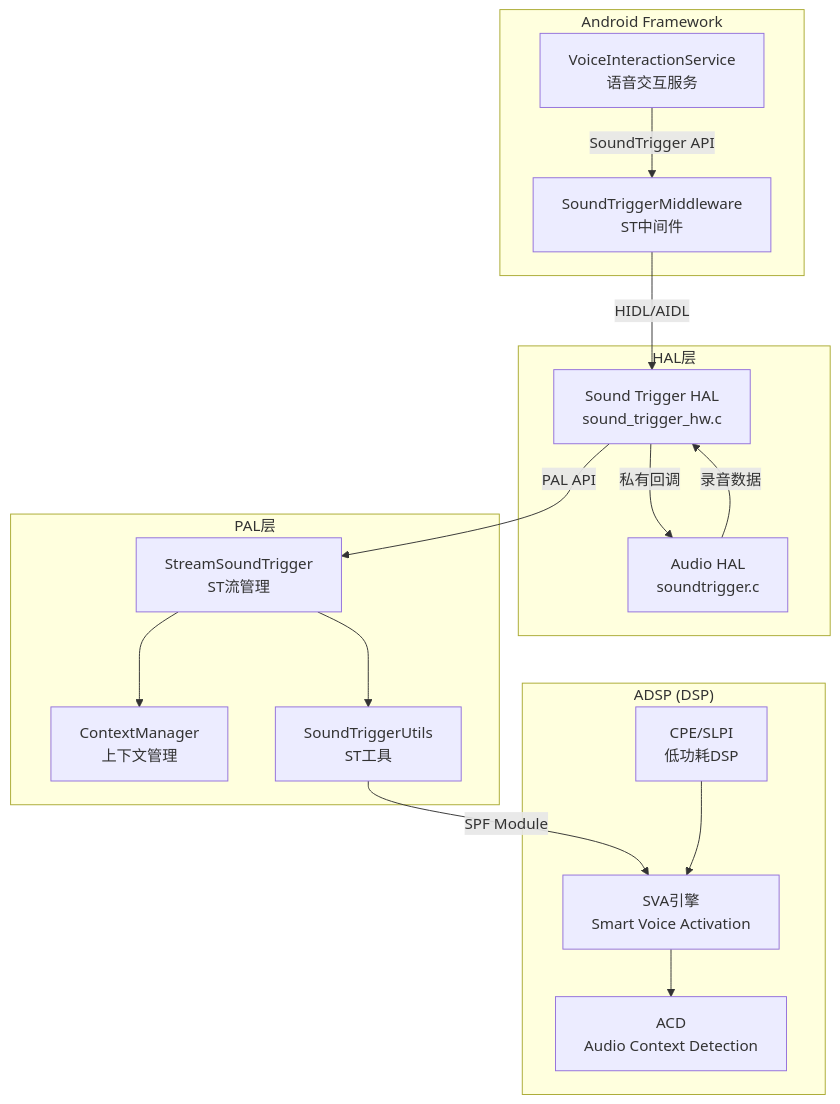
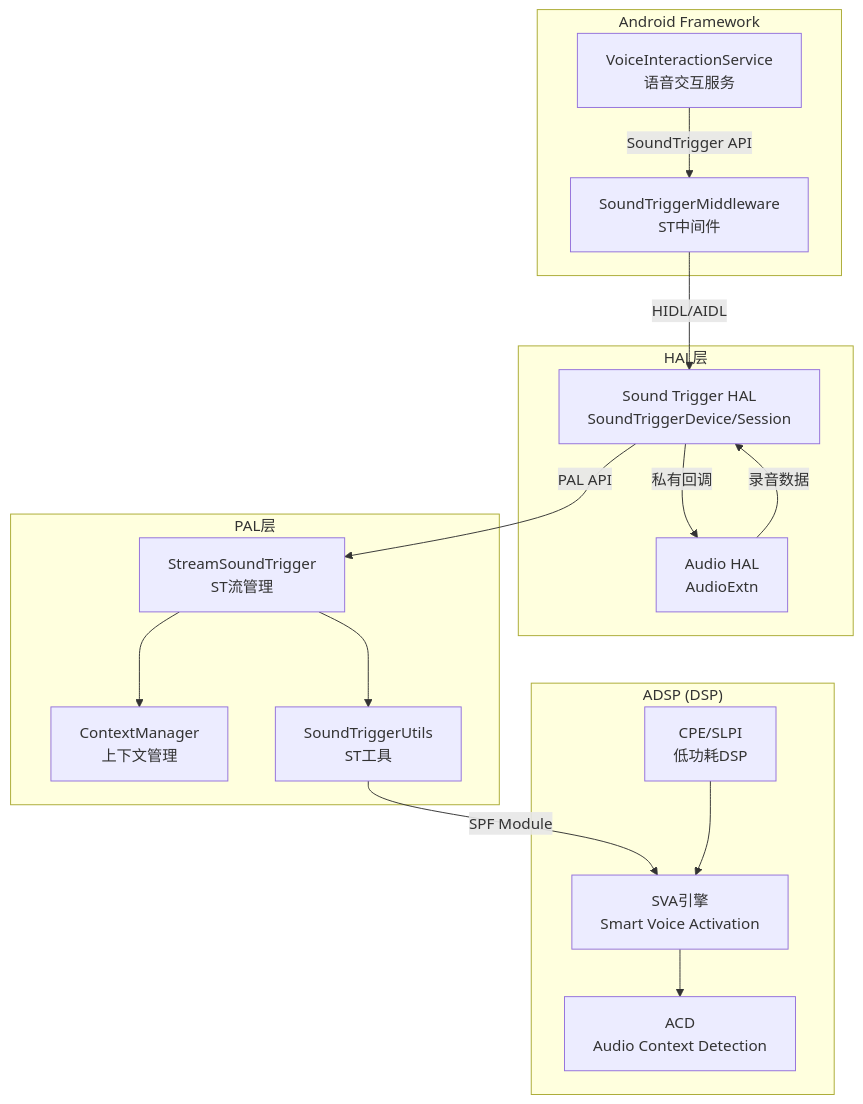
The first of 2 diagrams in 15_PAL_Architecture/15_15.17_QC_Sound_Trigger_HAL.md (yanglinzhen1022/SA8295_AAOS_QNX_Audio_KnowledgeBase), drawn with Mermaid before and after one commit. The commit also changed other lines of this file and 48 other files, not shown here.

````diff
--- a/15_PAL_Architecture/15_15.17_QC_Sound_Trigger_HAL.md
+++ b/15_PAL_Architecture/15_15.17_QC_Sound_Trigger_HAL.md
@@ -24,35 +26,35 @@
 ```mermaid
 graph TB
     subgraph Android["Android Framework"]
         VAD["VoiceInteractionService<br/>语音交互服务"]
         STM["SoundTriggerMiddleware<br/>ST中间件"]
     end
 
     subgraph HAL["HAL层"]
-        STHAL["Sound Trigger HAL<br/>sound_trigger_hw.c"]
-        AHAL["Audio HAL<br/>soundtrigger.c"]
+        STHAL["Sound Trigger HAL<br/>SoundTriggerDevice/Session"]
+        AHAL["Audio HAL<br/>AudioExtn"]
     end
 
     subgraph PAL_Layer["PAL层"]
         ST_STR["StreamSoundTrigger<br/>ST流管理"]
         CTX["ContextManager<br/>上下文管理"]
         ST_UTIL["SoundTriggerUtils<br/>ST工具"]
     end
 
     subgraph DSP["ADSP (DSP)"]
         SVA["SVA引擎<br/>Smart Voice Activation"]
         CPE["CPE/SLPI<br/>低功耗DSP"]
         ACD["ACD<br/>Audio Context Detection"]
     end
 
     VAD -->|SoundTrigger API| STM
     STM -->|HIDL/AIDL| STHAL
     STHAL -->|PAL API| ST_STR
     ST_STR --> CTX
     ST_STR --> ST_UTIL
     ST_UTIL -->|SPF Module| SVA
     STHAL -->|私有回调| AHAL
     AHAL -->|录音数据| STHAL
     CPE --> SVA
     SVA --> ACD
 ```
````
